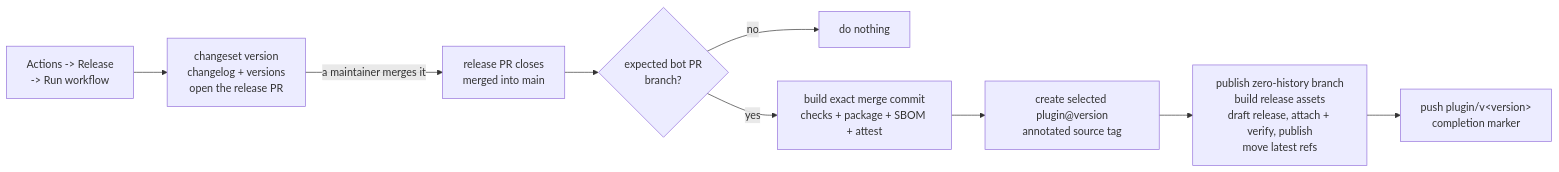
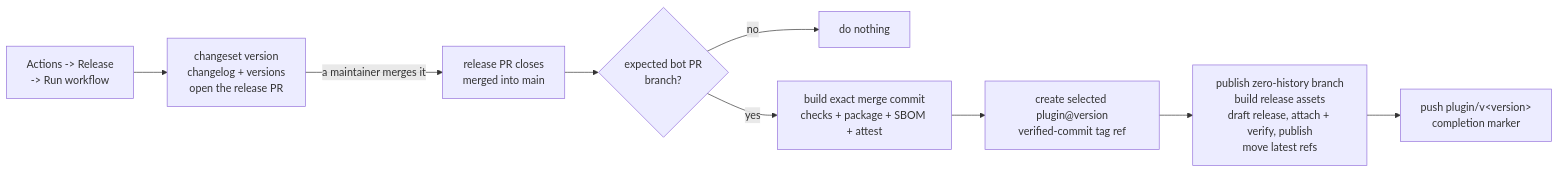
The diagram in docs/eng/RELEASING.md (radius-project/ai-extensions), drawn with Mermaid before and after one commit. The commit also changed other lines of this file and 6 other files, not shown here.

````diff
--- a/docs/eng/RELEASING.md
+++ b/docs/eng/RELEASING.md
@@ -73,11 +73,11 @@
 ```mermaid
 graph LR
     Dispatch["Actions -> Release<br/>-> Run workflow"] --> Prep["changeset version<br/>changelog + versions<br/>open the release PR"]
     Prep -->|a maintainer merges it| Merge["release PR closes<br/>merged into main"]
   Merge --> Q{"expected bot PR<br/>branch?"}
   Q -->|no| Skip["do nothing"]
   Q -->|yes| Build["build exact merge commit<br/>checks + package + SBOM + attest"]
-  Build --> Tag["create selected plugin@version<br/>annotated source tag"]
+  Build --> Tag["create selected plugin@version<br/>verified-commit tag ref"]
   Tag --> Art["publish zero-history branch<br/>build release assets<br/>draft release, attach + verify, publish<br/>move latest refs"]
     Art --> Done["push plugin/v&lt;version&gt;<br/>completion marker"]
 ```
````
